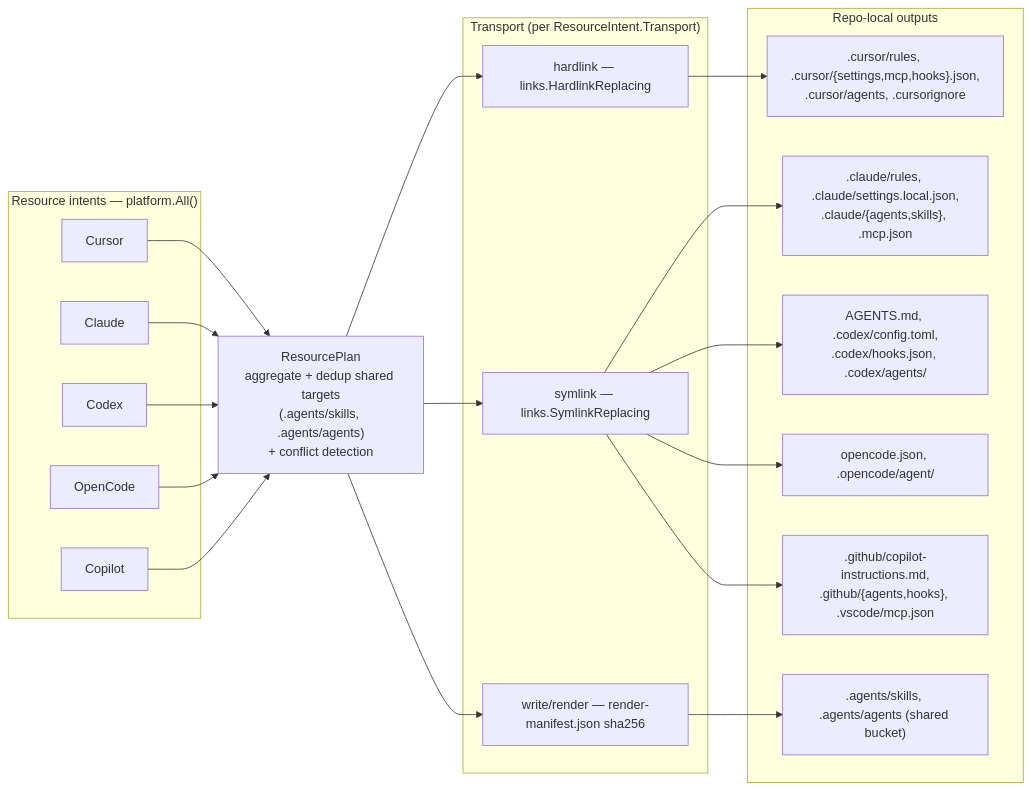
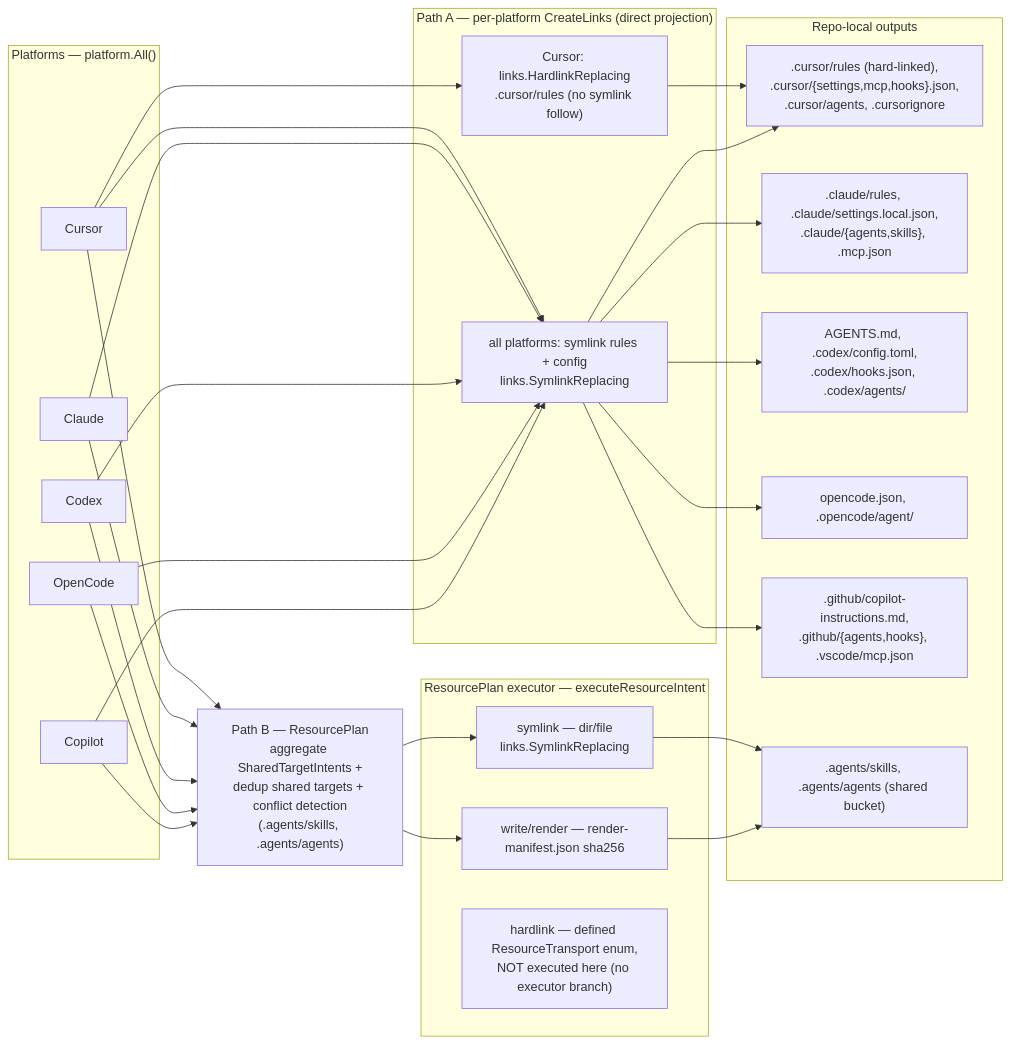
Before and after one commit to AGOrcha/dot-agents: diagram 12 of 13 in docs/PROJECT_DIAGRAMS.md, drawn with Mermaid. The commit also changed other lines of this file and 3 other files, not shown here.

First line of the commit message:
docs: correct 5 accuracy errors in architect demo diagram deck

````diff
--- a/docs/PROJECT_DIAGRAMS.md
+++ b/docs/PROJECT_DIAGRAMS.md
@@ -640,42 +663,55 @@
 ```mermaid
 flowchart LR
-    subgraph INTENT["Resource intents — platform.All()"]
+    subgraph PLAT["Platforms — platform.All()"]
         cursor["Cursor"]
         claude["Claude"]
         codex["Codex"]
         opencode["OpenCode"]
         copilot["Copilot"]
     end
 
-    plan["ResourcePlan<br/>aggregate + dedup shared targets<br/>(.agents/skills, .agents/agents)<br/>+ conflict detection"]
+    subgraph CL["Path A — per-platform CreateLinks (direct projection)"]
+        clhard["Cursor: links.HardlinkReplacing<br/>.cursor/rules (no symlink follow)"]
+        clsym["all platforms: symlink rules + config<br/>links.SymlinkReplacing"]
+    end
 
-    subgraph TRANSPORT["Transport (per ResourceIntent.Transport)"]
-        hard["hardlink — links.HardlinkReplacing"]
-        sym["symlink — links.SymlinkReplacing"]
+    plan["Path B — ResourcePlan<br/>aggregate SharedTargetIntents +<br/>dedup shared targets + conflict detection<br/>(.agents/skills, .agents/agents)"]
+
+    subgraph TRANSPORT["ResourcePlan executor — executeResourceIntent"]
+        sym["symlink — dir/file<br/>links.SymlinkReplacing"]
         write["write/render — render-manifest.json sha256"]
+        hnote["hardlink — defined ResourceTransport enum,<br/>NOT executed here (no executor branch)"]
     end
 
     subgraph OUT["Repo-local outputs"]
-        ocursor[".cursor/rules, .cursor/{settings,mcp,hooks}.json,<br/>.cursor/agents, .cursorignore"]
+        ocursor[".cursor/rules (hard-linked),<br/>.cursor/{settings,mcp,hooks}.json,<br/>.cursor/agents, .cursorignore"]
         oclaude[".claude/rules, .claude/settings.local.json,<br/>.claude/{agents,skills}, .mcp.json"]
         ocodex["AGENTS.md, .codex/config.toml,<br/>.codex/hooks.json, .codex/agents/"]
         oopencode["opencode.json, .opencode/agent/"]
         ocopilot[".github/copilot-instructions.md,<br/>.github/{agents,hooks}, .vscode/mcp.json"]
         oshared[".agents/skills, .agents/agents (shared bucket)"]
     end
 
+    cursor --> clhard
+    cursor --> clsym
+    claude --> clsym
+    codex --> clsym
+    opencode --> clsym
+    copilot --> clsym
+    clhard --> ocursor
+    clsym --> ocursor
+    clsym --> oclaude
+    clsym --> ocodex
+    clsym --> oopencode
+    clsym --> ocopilot
+
     cursor --> plan
     claude --> plan
     codex --> plan
     opencode --> plan
     copilot --> plan
-    plan --> hard
     plan --> sym
     plan --> write
-    hard --> ocursor
-    sym --> oclaude
-    sym --> ocodex
-    sym --> oopencode
-    sym --> ocopilot
+    sym --> oshared
     write --> oshared
 ```
````
